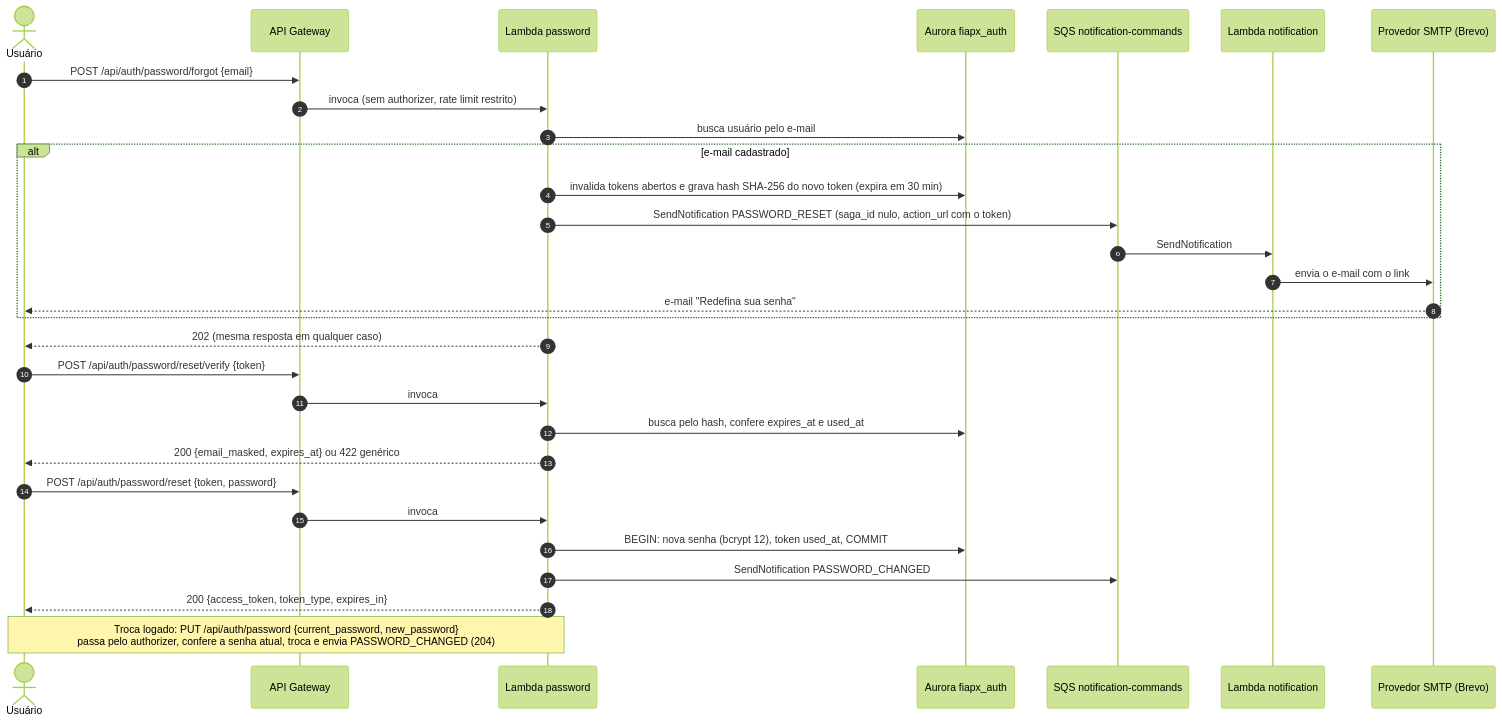
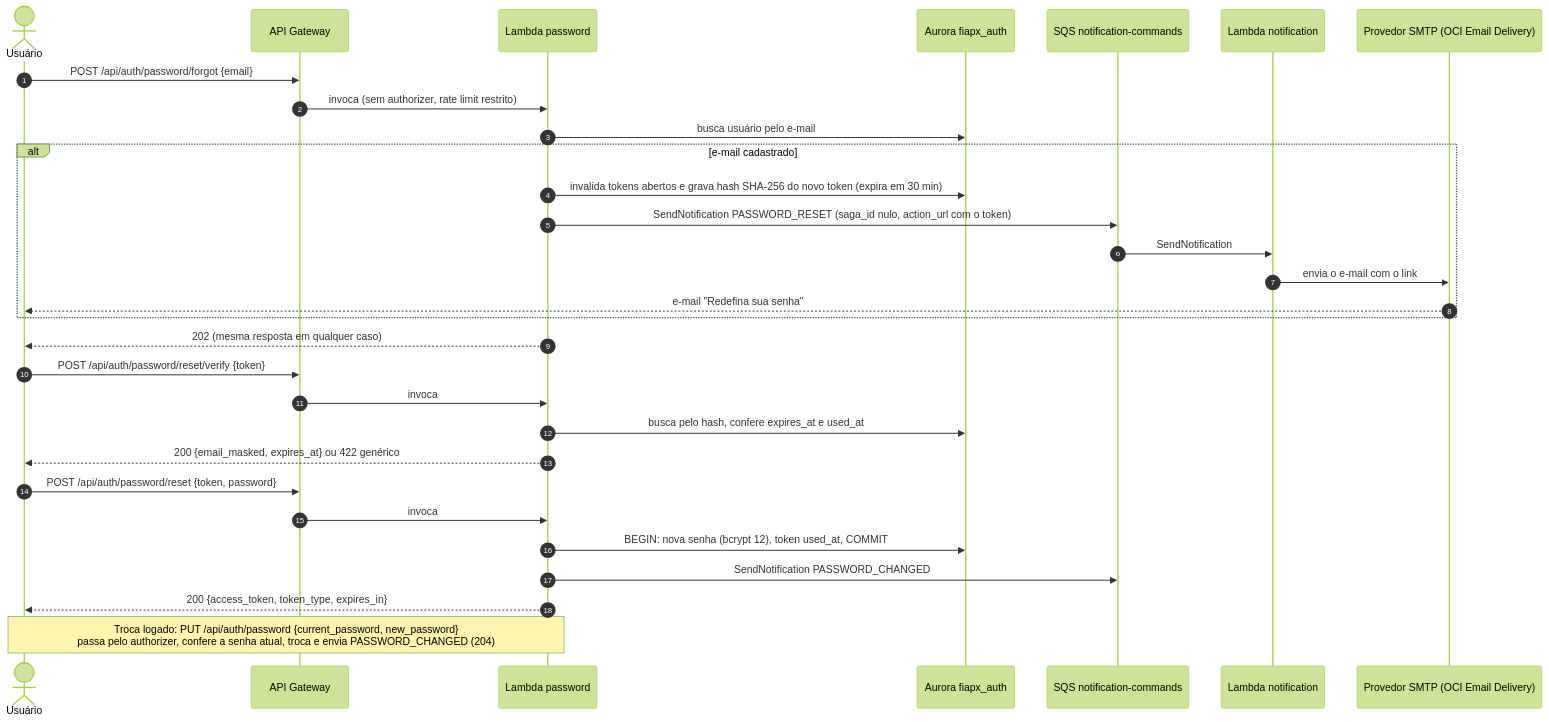
One commit to hackathon-fiap-soat/fiapx-docs changed the sixth of 6 diagrams in 03-arquitetura/sequencias.md. Above: the diagram before and after it, drawn with Mermaid (forest theme). The commit also changed other lines of this file and 29 other files, not shown here.

First line of the commit message:
docs(adr): ADR-020, e-mail pelo OCI Email Delivery no lugar do Brevo (#24)

````diff
--- a/03-arquitetura/sequencias.md
+++ b/03-arquitetura/sequencias.md
@@ -167,33 +167,33 @@
 ```mermaid
 sequenceDiagram
   autonumber
   actor U as Usuário
   participant GW as API Gateway
   participant PW as Lambda password
   participant DB as Aurora fiapx_auth
   participant QN as SQS notification-commands
   participant N as Lambda notification
-  participant SMTP as Provedor SMTP (Brevo)
+  participant SMTP as Provedor SMTP (OCI Email Delivery)
 
   U->>GW: POST /api/auth/password/forgot {email}
   GW->>PW: invoca (sem authorizer, rate limit restrito)
   PW->>DB: busca usuário pelo e-mail
   alt e-mail cadastrado
     PW->>DB: invalida tokens abertos e grava hash SHA-256 do novo token (expira em 30 min)
     PW->>QN: SendNotification PASSWORD_RESET (saga_id nulo, action_url com o token)
     QN->>N: SendNotification
     N->>SMTP: envia o e-mail com o link
     SMTP-->>U: e-mail "Redefina sua senha"
   end
   PW-->>U: 202 (mesma resposta em qualquer caso)
   U->>GW: POST /api/auth/password/reset/verify {token}
   GW->>PW: invoca
   PW->>DB: busca pelo hash, confere expires_at e used_at
   PW-->>U: 200 {email_masked, expires_at} ou 422 genérico
   U->>GW: POST /api/auth/password/reset {token, password}
   GW->>PW: invoca
   PW->>DB: BEGIN: nova senha (bcrypt 12), token used_at, COMMIT
   PW->>QN: SendNotification PASSWORD_CHANGED
   PW-->>U: 200 {access_token, token_type, expires_in}
   Note over U,PW: Troca logado: PUT /api/auth/password {current_password, new_password}<br/>passa pelo authorizer, confere a senha atual, troca e envia PASSWORD_CHANGED (204)
 ```
````
